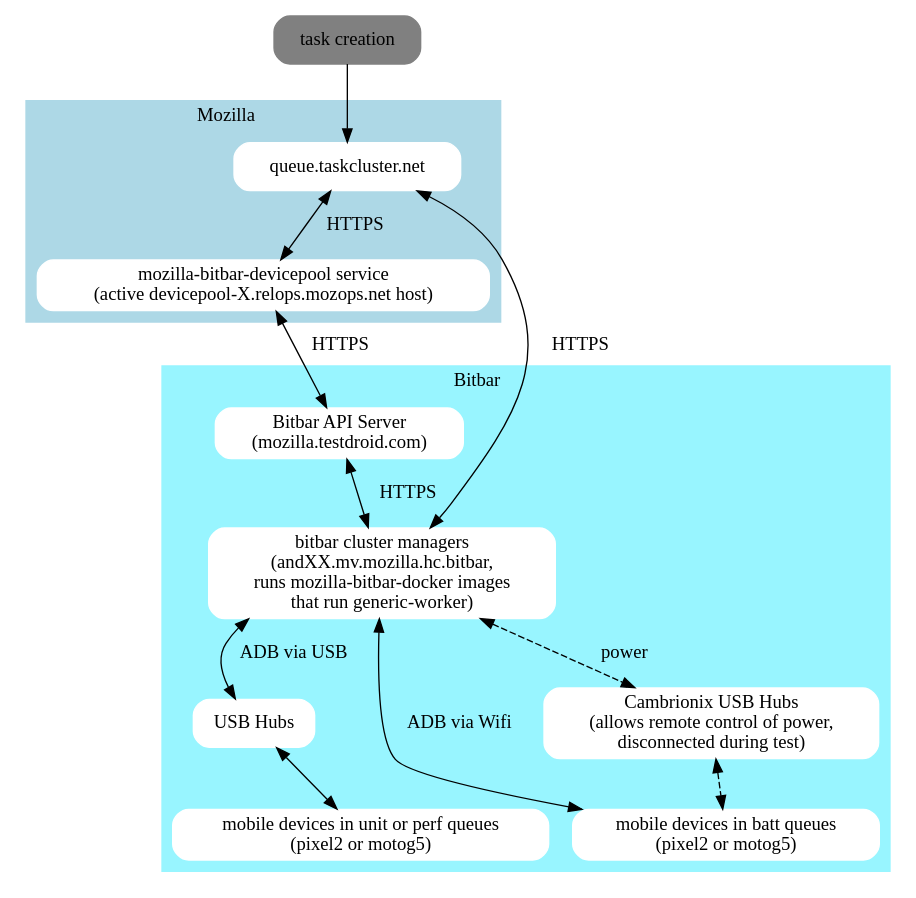
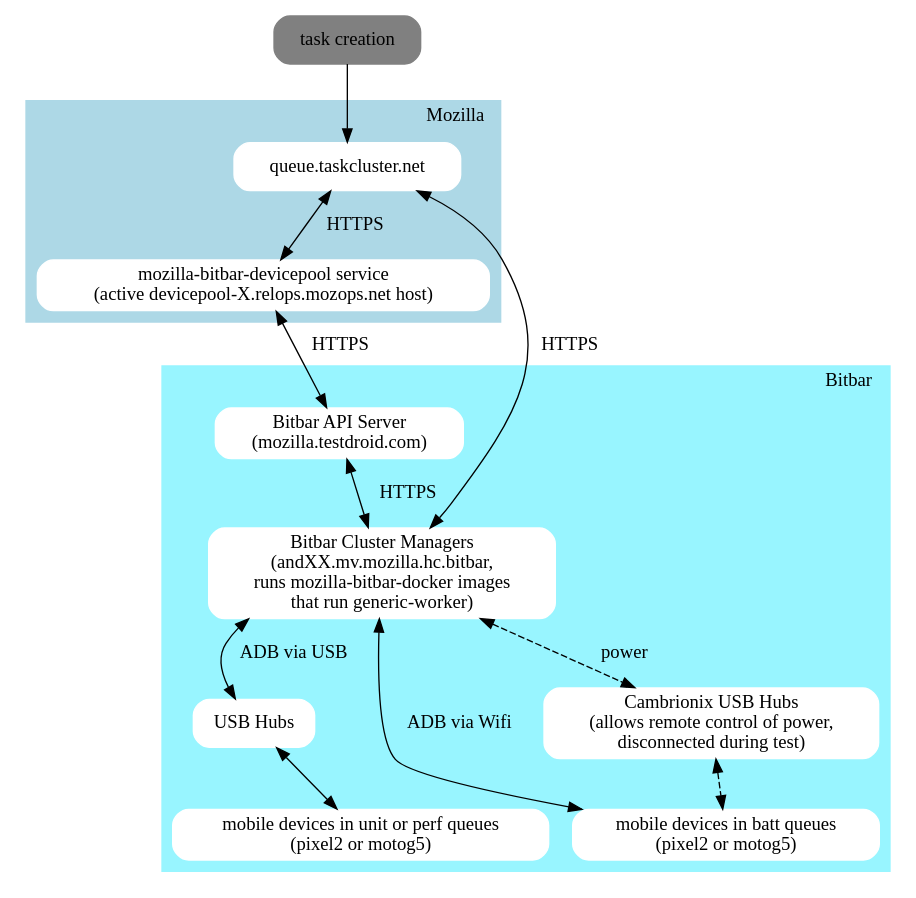
The diagram in flowcharts/connection_graph.dot (mozilla-platform-ops/android-tools), drawn with Graphviz before and after one commit. The commit also changed 1 other file, not shown here.

```diff
--- a/flowcharts/connection_graph.dot
+++ b/flowcharts/connection_graph.dot
@@ -1,54 +1,56 @@
 digraph G {
     // rankdir=LR;
 
 //     queue.taskcluster.net <=> mozilla-bitbar-devicepool service on
 // devicepool hosts <=> bitbar api server (mozilla.testdroid.com) <=>
 // bitbar cluster manager (andXX.mv.mozilla.hc.bitbar) <=> usb hub (some
 // use cambrionix programmable hubs) <=> phone (pixel2, motorola g5)
     
     
   subgraph cluster_0 {
+    labeljust="r";
     style=filled;
     color=lightblue;
     node [shape=Mrecord,style=filled,color=white];
-    label = "Mozilla                ";
+    label = "Mozilla";
     a0 [label="queue.taskcluster.net", start="true"];
     a1 [label="mozilla-bitbar-devicepool service\n (active devicepool-X.relops.mozops.net host)"];
     a0 -> a1 [label="  HTTPS", dir="both"];
   }    
 
   subgraph cluster_1 {
+    labeljust="r";
     style=filled;
     color=cadetblue1;
     node [shape=Mrecord,style=filled,color=white];
-    label = "Bitbar                     ";
+    label = "Bitbar";
 
     a4 [label="Bitbar API Server\n (mozilla.testdroid.com)"];
     hub  [label="USB Hubs"];
-    a5 [label="bitbar cluster managers\n (andXX.mv.mozilla.hc.bitbar, \nruns mozilla-bitbar-docker images\n that run generic-worker)"];
+    a5 [label="Bitbar Cluster Managers\n (andXX.mv.mozilla.hc.bitbar, \nruns mozilla-bitbar-docker images\n that run generic-worker)"];
     phone [label="mobile devices in unit or perf queues\n (pixel2 or motog5)"];
     batt_phone [label="mobile devices in batt queues\n (pixel2 or motog5)"];
     smart_hub [label="Cambrionix USB Hubs\n (allows remote control of power,\ndisconnected during test)"];
 
     a4 -> a5 [dir="both", label="   HTTPS"];
     a5 -> hub [label=" ADB via USB   ", dir="both"];
     a5 -> smart_hub [label="    power",style="dashed", dir="both"];
     a5 -> batt_phone [label=" ADB via Wifi  ", dir="both"];
     hub -> phone [dir="both"];
     smart_hub -> batt_phone [style="dashed", dir="both"];
   }
 
   // edges
   start -> a0;
 
   a1 -> a4 [label="  HTTPS", dir="both"];
   
-  a5 -> a0 [label="    HTTPS", dir="both", ];
+  a5 -> a0 [label="  HTTPS", dir="both", ];
 
 //   a1 -> a4;
 //   phone -> end;
 
   start [shape=Mrecord,label="task creation", style=filled, color=gray];
 //   end [shape=Mrecord, label="task completion", style=filled, color=gray];
 
 }
```
